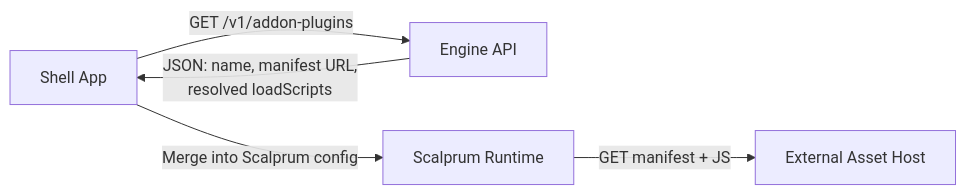
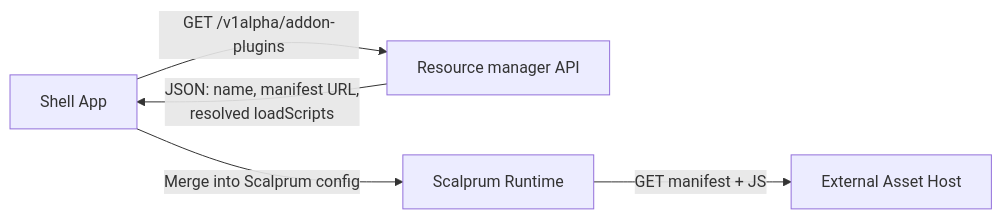
The fourth of 11 diagrams in docs/design/addon-ui-architecture.md (fleetshift/fleetshift-poc), drawn with Mermaid before and after one commit. The commit also changed other lines of this file and 1079 other files, not shown here.

````diff
--- a/docs/design/addon-ui-architecture.md
+++ b/docs/design/addon-ui-architecture.md
@@ -318,7 +321,7 @@
 ```mermaid
 graph LR
-    SHELL["Shell App"] -->|"GET /v1/addon-plugins"| ENGINE["Engine API"]
-    ENGINE -->|"JSON: name, manifest URL,<br/>resolved loadScripts"| SHELL
+    SHELL["Shell App"] -->|"GET /v1alpha/addon-plugins"| RM["Resource manager API"]
+    RM -->|"JSON: name, manifest URL,<br/>resolved loadScripts"| SHELL
     SHELL -->|"Merge into Scalprum config"| SCALPRUM["Scalprum Runtime"]
     SCALPRUM -->|"GET manifest + JS"| CDN["External Asset Host"]
 ```
````
